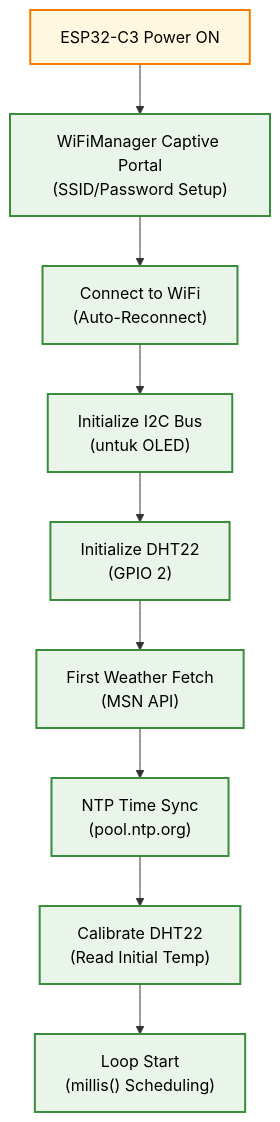
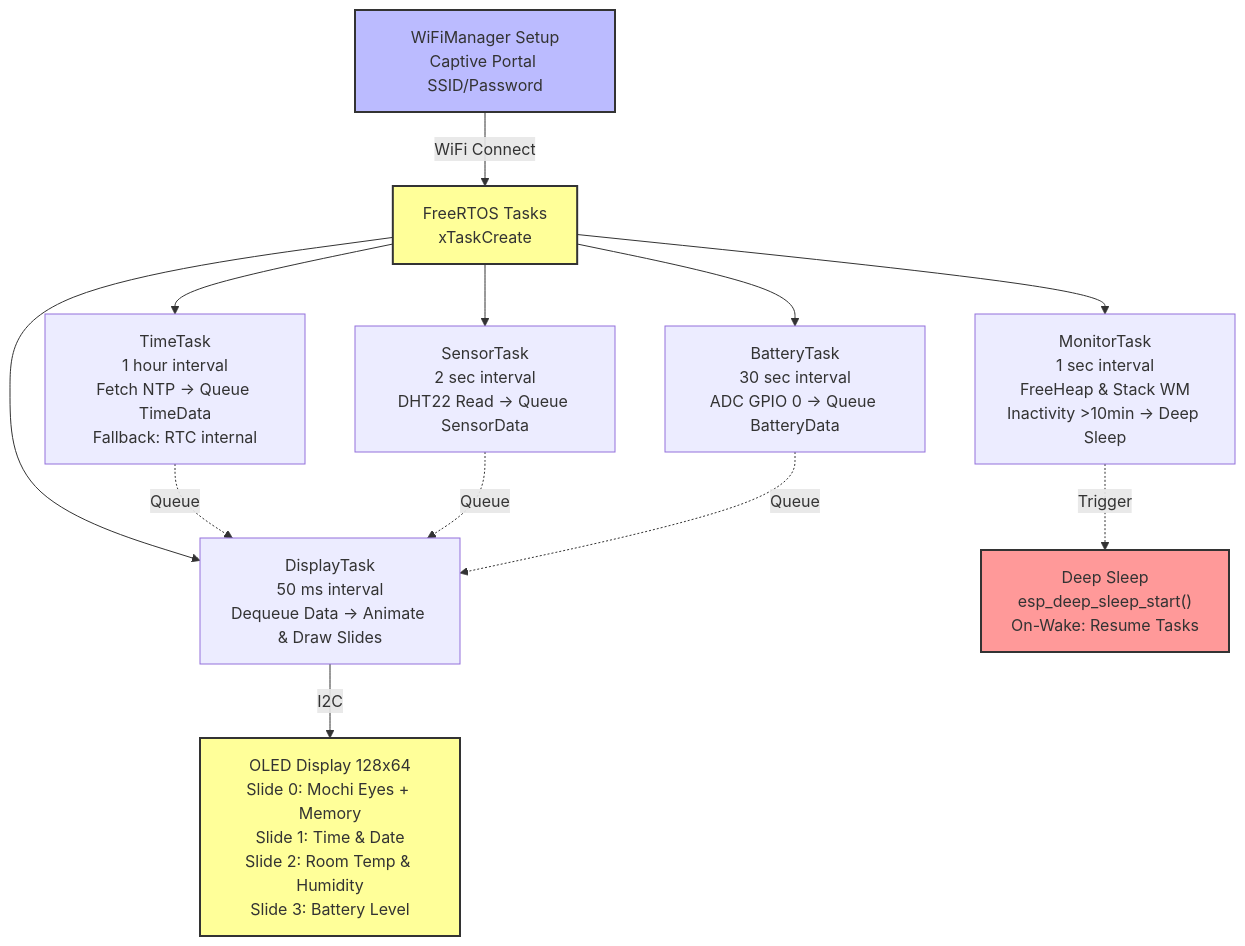
Before and after one commit to ficrammanifur/tugass: the third of 3 diagrams in README.md, drawn with Mermaid. The commit also changed other lines of this file, not shown here.

````diff
--- a/README.md
+++ b/README.md
@@ -257,24 +161,18 @@
 ```mermaid
 flowchart TD
-    POWER_ON["ESP32-C3 Power ON"]
-    WIFI_SETUP["WiFiManager Captive Portal<br/>(SSID/Password Setup)"]
-    CONNECT_WIFI["Connect to WiFi<br/>(Auto-Reconnect)"]
-    INIT_OLED["Initialize I2C Bus<br/>(untuk OLED)"]
-    INIT_DHT["Initialize DHT22<br/>(GPIO 2)"]
-    FETCH_FIRST["First Weather Fetch<br/>(MSN API)"]
-    SYNC_TIME["NTP Time Sync<br/>(pool.ntp.org)"]
-    CALIB_DHT["Calibrate DHT22<br/>(Read Initial Temp)"]
-    READY["Loop Start<br/>(millis() Scheduling)"]
-    POWER_ON --> WIFI_SETUP
-    WIFI_SETUP --> CONNECT_WIFI
-    CONNECT_WIFI --> INIT_OLED
-    INIT_OLED --> INIT_DHT
-    INIT_DHT --> FETCH_FIRST
-    FETCH_FIRST --> SYNC_TIME
-    SYNC_TIME --> CALIB_DHT
-    CALIB_DHT --> READY
-    classDef init fill:#e8f5e8,stroke:#388e3c,stroke-width:2px,color:#000
-    classDef power fill:#fff8e1,stroke:#f57c00,stroke-width:2px,color:#000
-    class POWER_ON power
-    class WIFI_SETUP,CONNECT_WIFI,INIT_OLED,INIT_DHT,FETCH_FIRST,SYNC_TIME,CALIB_DHT,READY init
+    A[WiFiManager Setup<br/>Captive Portal SSID/Password] -->|WiFi Connect| B[FreeRTOS Tasks<br/>xTaskCreate]
+    B --> C[TimeTask<br/>1 hour interval<br/>Fetch NTP → Queue TimeData<br/>Fallback: RTC internal]
+    B --> D[SensorTask<br/>2 sec interval<br/>DHT22 Read → Queue SensorData]
+    B --> E[BatteryTask<br/>30 sec interval<br/>ADC GPIO 0 → Queue BatteryData]
+    B --> F[DisplayTask<br/>50 ms interval<br/>Dequeue Data → Animate & Draw Slides]
+    B --> G[MonitorTask<br/>1 sec interval<br/>FreeHeap & Stack WM<br/>Inactivity >10min → Deep Sleep]
+    F -->|I2C| H[OLED Display 128x64<br/>Slide 0: Mochi Eyes + Memory<br/>Slide 1: Time & Date<br/>Slide 2: Room Temp & Humidity<br/>Slide 3: Battery Level]
+    C -.->|Queue| F
+    D -.->|Queue| F
+    E -.->|Queue| F
+    G -.->|Trigger| I["Deep Sleep<br/>esp_deep_sleep_start()<br/>On-Wake: Resume Tasks"]
+    style A fill:#bbf,stroke:#333,stroke-width:2px
+    style B fill:#ff9,stroke:#333,stroke-width:2px
+    style H fill:#ff9,stroke:#333,stroke-width:2px
+    style I fill:#f99,stroke:#333,stroke-width:2px
 ```
````
